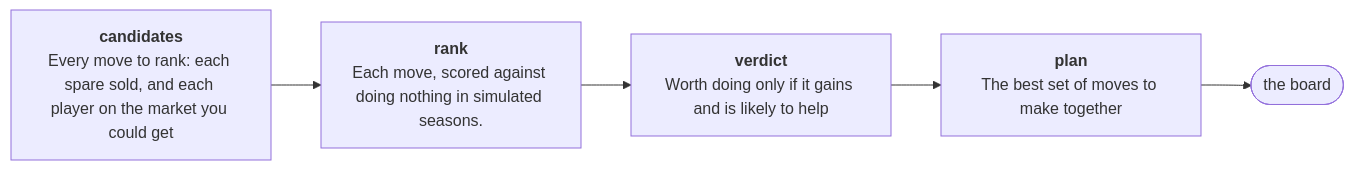
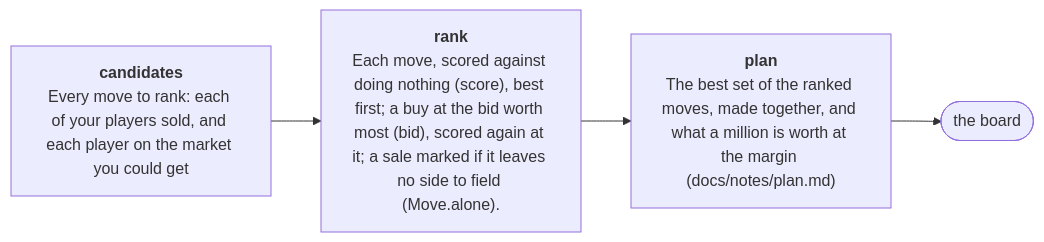
The diagram in docs/funnel.mmd (OrsM/liga_five_guys), drawn with Mermaid before and after one commit. The commit also changed 14 other files, not shown here.

First line of the commit message:
decide: the plan as one integer program, and the price of a million

```diff
--- a/docs/funnel.mmd
+++ b/docs/funnel.mmd
@@ -1,9 +1,7 @@
 flowchart LR
-    s0["<b>candidates</b><br/>Every move to rank: each spare sold, and each player on the market you could get"]
-    s1["<b>rank</b><br/>Each move, scored against doing nothing in simulated seasons."]
+    s0["<b>candidates</b><br/>Every move to rank: each of your players sold, and each player on the market you could get"]
+    s1["<b>rank</b><br/>Each move, scored against doing nothing (score), best first; a buy at the bid worth most (bid), scored again at it; a sale marked if it leaves no side to field (Move.alone)."]
     s0 --> s1
-    s2["<b>verdict</b><br/>Worth doing only if it gains and is likely to help"]
+    s2["<b>plan</b><br/>The best set of the ranked moves, made together, and what a million is worth at the margin (docs/notes/plan.md)"]
     s1 --> s2
-    s3["<b>plan</b><br/>The best set of moves to make together"]
-    s2 --> s3
-    s3 --> board(["the board"])
+    s2 --> board(["the board"])
```
